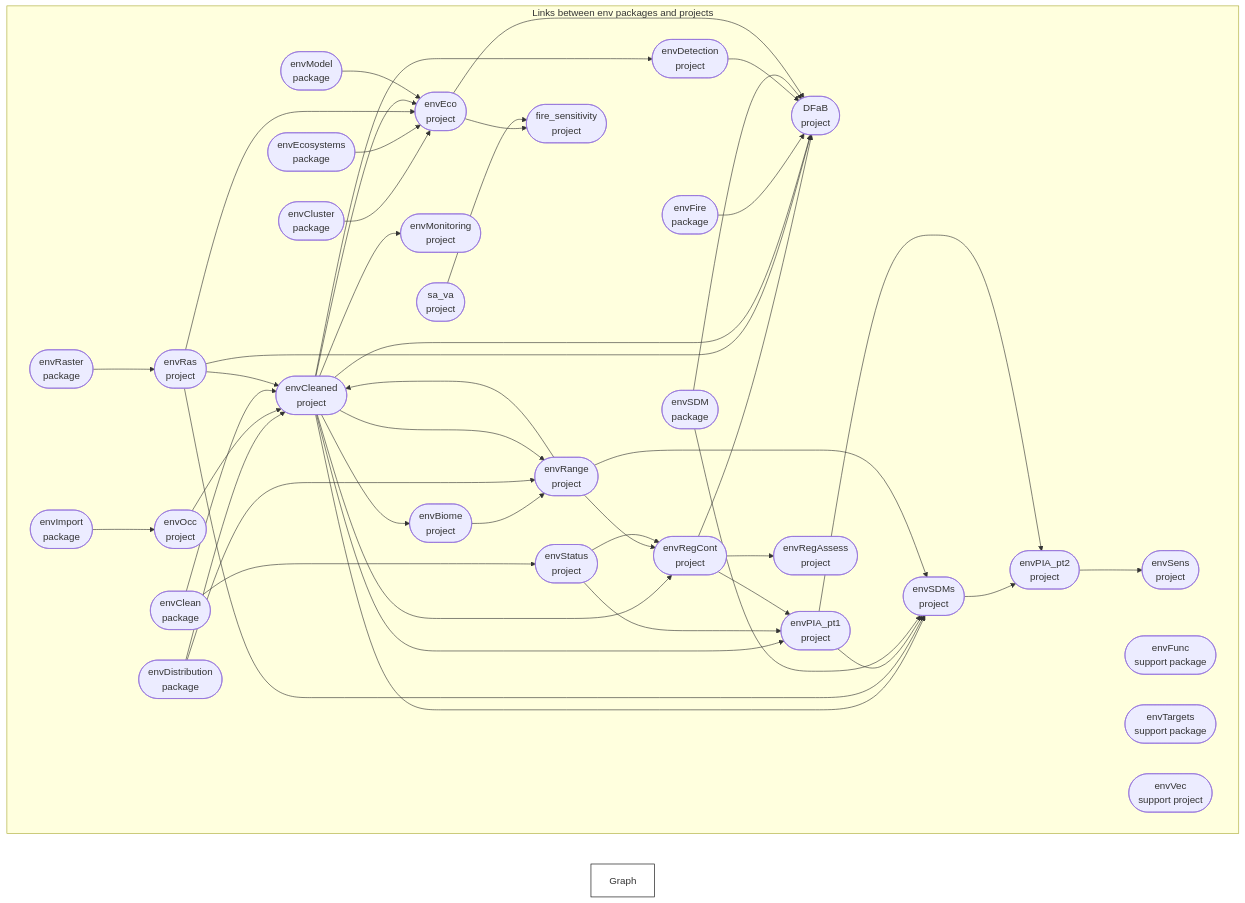
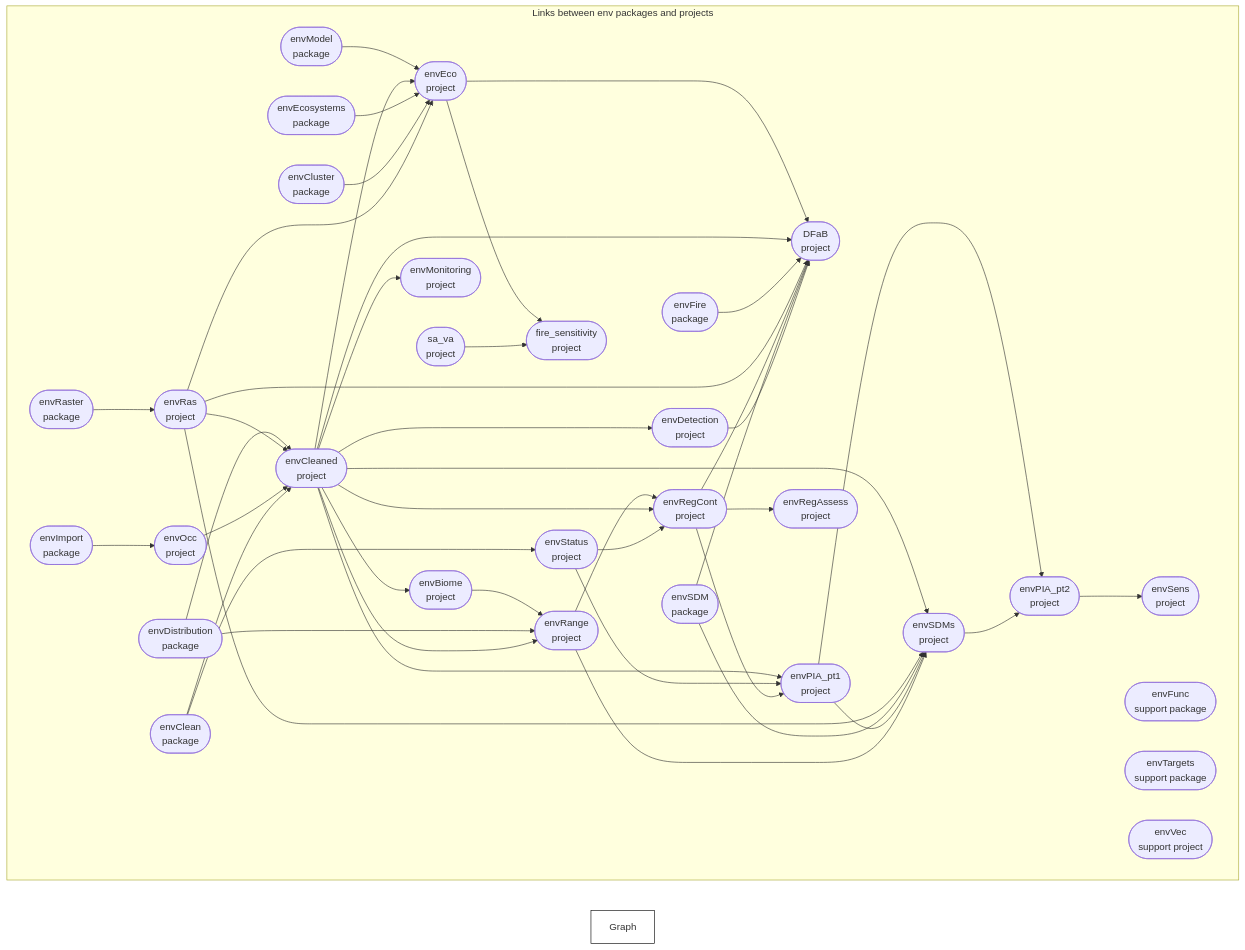
One commit to dew-landscapes/.github changed the diagram in profile/README.md. Above: the diagram before and after it, drawn with Mermaid. The commit also changed other lines of this file and 1 other file, not shown here.

Commit message:
remove envRange as a dependency for envCleaned

````diff
--- a/profile/README.md
+++ b/profile/README.md
@@ -44,53 +44,52 @@
 ``` mermaid
 graph LR
   style Graph fill:#FFFFFF00,stroke:#000000;
   subgraph Links between env packages and projects
     direction LR
-    x5499a04bf3778295(["envRegCont<br>project"]):::queued --> x0658f5015c0c4be5(["DFaB<br>project"]):::queued
-    x67b5feaf09e4d0ca(["envRas<br>project"]):::queued --> x0658f5015c0c4be5(["DFaB<br>project"]):::queued
+    xc70bb609a37b98f0(["envEco<br>project"]):::queued --> x0658f5015c0c4be5(["DFaB<br>project"]):::queued
     x4e1f08a5bd05b882(["envCleaned<br>project"]):::queued --> x0658f5015c0c4be5(["DFaB<br>project"]):::queued
     xb092d78dc6463536(["envFire<br>package"]):::queued --> x0658f5015c0c4be5(["DFaB<br>project"]):::queued
+    x67b5feaf09e4d0ca(["envRas<br>project"]):::queued --> x0658f5015c0c4be5(["DFaB<br>project"]):::queued
+    x5499a04bf3778295(["envRegCont<br>project"]):::queued --> x0658f5015c0c4be5(["DFaB<br>project"]):::queued
+    x07cddf360e9b199e(["envSDM<br>package"]):::queued --> x0658f5015c0c4be5(["DFaB<br>project"]):::queued
     x0da89b87fbc34bf3(["envDetection<br>project"]):::queued --> x0658f5015c0c4be5(["DFaB<br>project"]):::queued
-    x07cddf360e9b199e(["envSDM<br>package"]):::queued --> x0658f5015c0c4be5(["DFaB<br>project"]):::queued
-    xc70bb609a37b98f0(["envEco<br>project"]):::queued --> x0658f5015c0c4be5(["DFaB<br>project"]):::queued
     x4e1f08a5bd05b882(["envCleaned<br>project"]):::queued --> xd8ce469e231f9860(["envBiome<br>project"]):::queued
     xb53407deaf8a50f7(["envDistribution<br>package"]):::queued --> x4e1f08a5bd05b882(["envCleaned<br>project"]):::queued
-    x4f41d9ef8b70ed0e(["envRange<br>project"]):::queued --> x4e1f08a5bd05b882(["envCleaned<br>project"]):::queued
+    x67b5feaf09e4d0ca(["envRas<br>project"]):::queued --> x4e1f08a5bd05b882(["envCleaned<br>project"]):::queued
     x9d3addc2d3c28cb0(["envOcc<br>project"]):::queued --> x4e1f08a5bd05b882(["envCleaned<br>project"]):::queued
     x199e33ac94c360fd(["envClean<br>package"]):::queued --> x4e1f08a5bd05b882(["envCleaned<br>project"]):::queued
-    x67b5feaf09e4d0ca(["envRas<br>project"]):::queued --> x4e1f08a5bd05b882(["envCleaned<br>project"]):::queued
     x4e1f08a5bd05b882(["envCleaned<br>project"]):::queued --> x0da89b87fbc34bf3(["envDetection<br>project"]):::queued
+    x3c05f6553dd2ee1d(["envModel<br>package"]):::queued --> xc70bb609a37b98f0(["envEco<br>project"]):::queued
+    x4e1f08a5bd05b882(["envCleaned<br>project"]):::queued --> xc70bb609a37b98f0(["envEco<br>project"]):::queued
+    x3c533c4f6ac5a427(["envEcosystems<br>package"]):::queued --> xc70bb609a37b98f0(["envEco<br>project"]):::queued
     x9eca96d789260dc6(["envCluster<br>package"]):::queued --> xc70bb609a37b98f0(["envEco<br>project"]):::queued
-    x3c533c4f6ac5a427(["envEcosystems<br>package"]):::queued --> xc70bb609a37b98f0(["envEco<br>project"]):::queued
     x67b5feaf09e4d0ca(["envRas<br>project"]):::queued --> xc70bb609a37b98f0(["envEco<br>project"]):::queued
-    x4e1f08a5bd05b882(["envCleaned<br>project"]):::queued --> xc70bb609a37b98f0(["envEco<br>project"]):::queued
-    x3c05f6553dd2ee1d(["envModel<br>package"]):::queued --> xc70bb609a37b98f0(["envEco<br>project"]):::queued
     x4e1f08a5bd05b882(["envCleaned<br>project"]):::queued --> xae45e25dc1ec55b5(["envMonitoring<br>project"]):::queued
     xa419b1871c902a02(["envImport<br>package"]):::queued --> x9d3addc2d3c28cb0(["envOcc<br>project"]):::queued
     x4e1f08a5bd05b882(["envCleaned<br>project"]):::queued --> xdfa068c3ebc0366d(["envPIA_pt1<br>project"]):::queued
     xf290cd0a0c6ffe34(["envStatus<br>project"]):::queued --> xdfa068c3ebc0366d(["envPIA_pt1<br>project"]):::queued
     x5499a04bf3778295(["envRegCont<br>project"]):::queued --> xdfa068c3ebc0366d(["envPIA_pt1<br>project"]):::queued
+    xdfa068c3ebc0366d(["envPIA_pt1<br>project"]):::queued --> xe5749d29c71b6a92(["envPIA_pt2<br>project"]):::queued
     xc1054dd4c63b18e0(["envSDMs<br>project"]):::queued --> xe5749d29c71b6a92(["envPIA_pt2<br>project"]):::queued
-    xdfa068c3ebc0366d(["envPIA_pt1<br>project"]):::queued --> xe5749d29c71b6a92(["envPIA_pt2<br>project"]):::queued
     xd8ce469e231f9860(["envBiome<br>project"]):::queued --> x4f41d9ef8b70ed0e(["envRange<br>project"]):::queued
     xb53407deaf8a50f7(["envDistribution<br>package"]):::queued --> x4f41d9ef8b70ed0e(["envRange<br>project"]):::queued
     x4e1f08a5bd05b882(["envCleaned<br>project"]):::queued --> x4f41d9ef8b70ed0e(["envRange<br>project"]):::queued
     x89ac92b9bcad912d(["envRaster<br>package"]):::queued --> x67b5feaf09e4d0ca(["envRas<br>project"]):::queued
     x5499a04bf3778295(["envRegCont<br>project"]):::queued --> x880df32bd41b0aa9(["envRegAssess<br>project"]):::queued
+    x4f41d9ef8b70ed0e(["envRange<br>project"]):::queued --> x5499a04bf3778295(["envRegCont<br>project"]):::queued
     x4e1f08a5bd05b882(["envCleaned<br>project"]):::queued --> x5499a04bf3778295(["envRegCont<br>project"]):::queued
-    x4f41d9ef8b70ed0e(["envRange<br>project"]):::queued --> x5499a04bf3778295(["envRegCont<br>project"]):::queued
     xf290cd0a0c6ffe34(["envStatus<br>project"]):::queued --> x5499a04bf3778295(["envRegCont<br>project"]):::queued
     x4e1f08a5bd05b882(["envCleaned<br>project"]):::queued --> xc1054dd4c63b18e0(["envSDMs<br>project"]):::queued
     x67b5feaf09e4d0ca(["envRas<br>project"]):::queued --> xc1054dd4c63b18e0(["envSDMs<br>project"]):::queued
+    x07cddf360e9b199e(["envSDM<br>package"]):::queued --> xc1054dd4c63b18e0(["envSDMs<br>project"]):::queued
     xdfa068c3ebc0366d(["envPIA_pt1<br>project"]):::queued --> xc1054dd4c63b18e0(["envSDMs<br>project"]):::queued
-    x07cddf360e9b199e(["envSDM<br>package"]):::queued --> xc1054dd4c63b18e0(["envSDMs<br>project"]):::queued
     x4f41d9ef8b70ed0e(["envRange<br>project"]):::queued --> xc1054dd4c63b18e0(["envSDMs<br>project"]):::queued
     xe5749d29c71b6a92(["envPIA_pt2<br>project"]):::queued --> x2d1dcea9060b62fe(["envSens<br>project"]):::queued
     x199e33ac94c360fd(["envClean<br>package"]):::queued --> xf290cd0a0c6ffe34(["envStatus<br>project"]):::queued
     xc70bb609a37b98f0(["envEco<br>project"]):::queued --> x0f16edc93d113ef9(["fire_sensitivity<br>project"]):::queued
     xb2a4767da474386b(["sa_va<br>project"]):::queued --> x0f16edc93d113ef9(["fire_sensitivity<br>project"]):::queued
     x6832f874a98057bb(["envFunc<br>support package"]):::queued
     xb03046fba8fa1b84(["envTargets<br>support package"]):::queued
     xa92bc89dfa147112(["envVec<br>support project"]):::queued
   end
 ```
````
